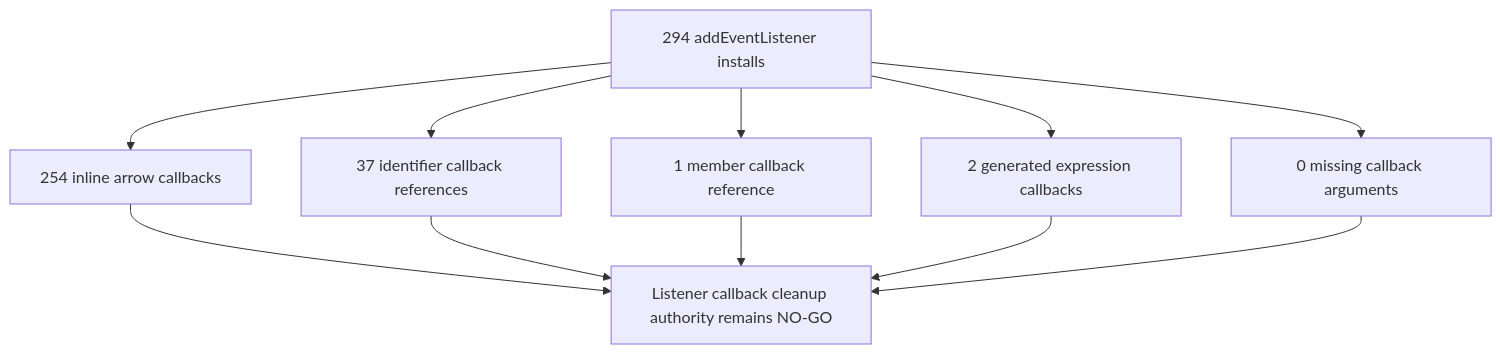
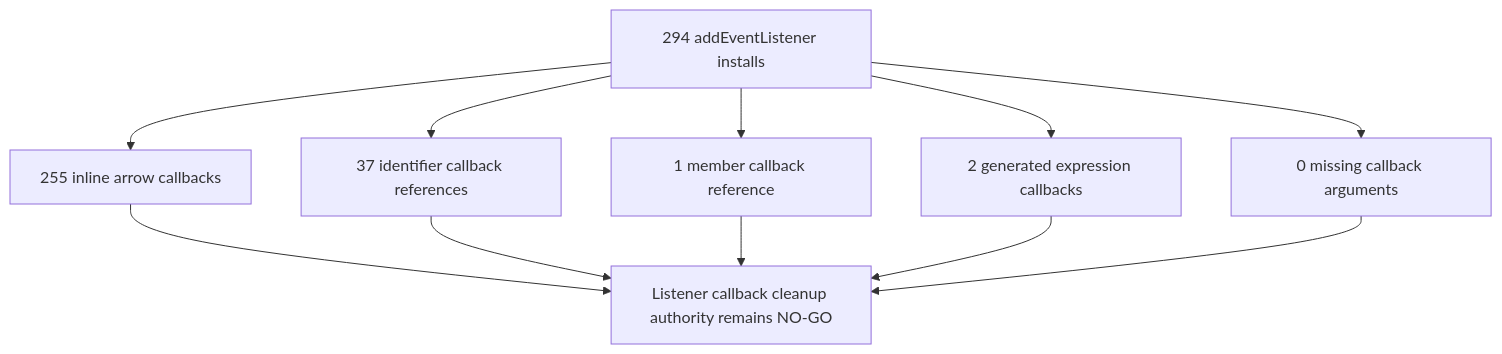
One commit to varshneydevansh/FilterTube changed the sixth of 47 diagrams in docs/audit/FILTERTUBE_LIFECYCLE_INSTANCE_REGISTER_2026-05-18.md. Above: the diagram before and after it, drawn with Mermaid. The commit also changed other lines of this file and 616 other files, not shown here.

````diff
--- a/docs/audit/FILTERTUBE_LIFECYCLE_INSTANCE_REGISTER_2026-05-18.md
+++ b/docs/audit/FILTERTUBE_LIFECYCLE_INSTANCE_REGISTER_2026-05-18.md
@@ -534,13 +534,13 @@
 ```mermaid
 flowchart TD
-  A["294 addEventListener installs"] --> B["254 inline arrow callbacks"]
+  A["294 addEventListener installs"] --> B["255 inline arrow callbacks"]
   A --> C["37 identifier callback references"]
   A --> D["1 member callback reference"]
   A --> E["2 generated expression callbacks"]
   A --> F["0 missing callback arguments"]
   B --> G["Listener callback cleanup authority remains NO-GO"]
   C --> G
   D --> G
   E --> G
   F --> G
 ```
````
